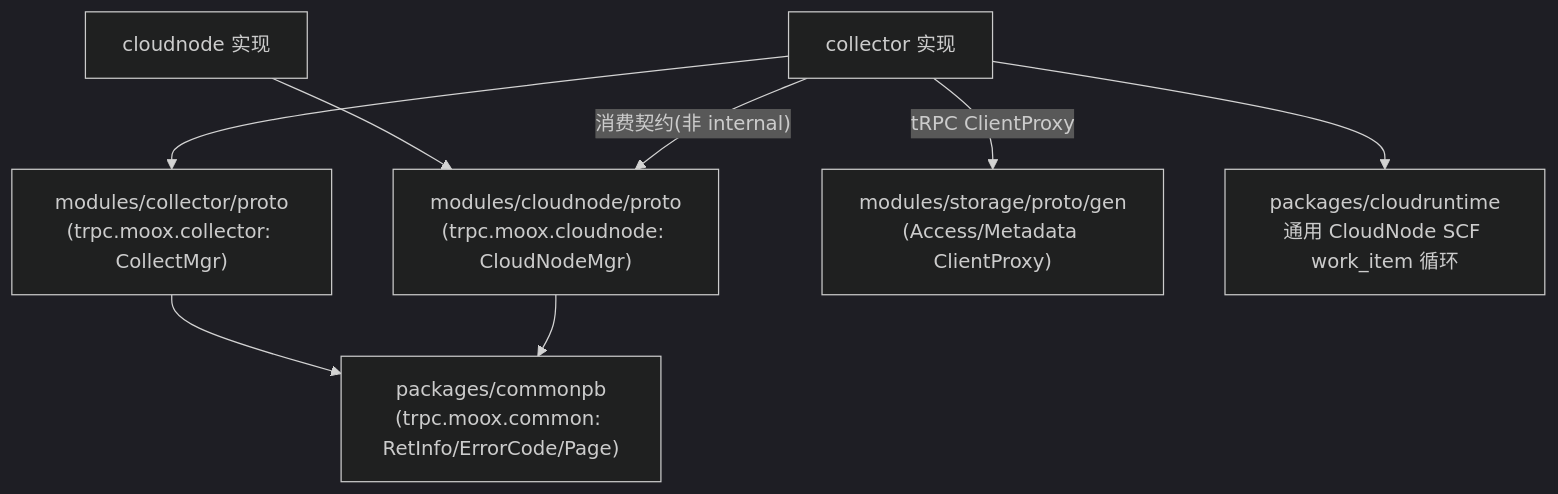
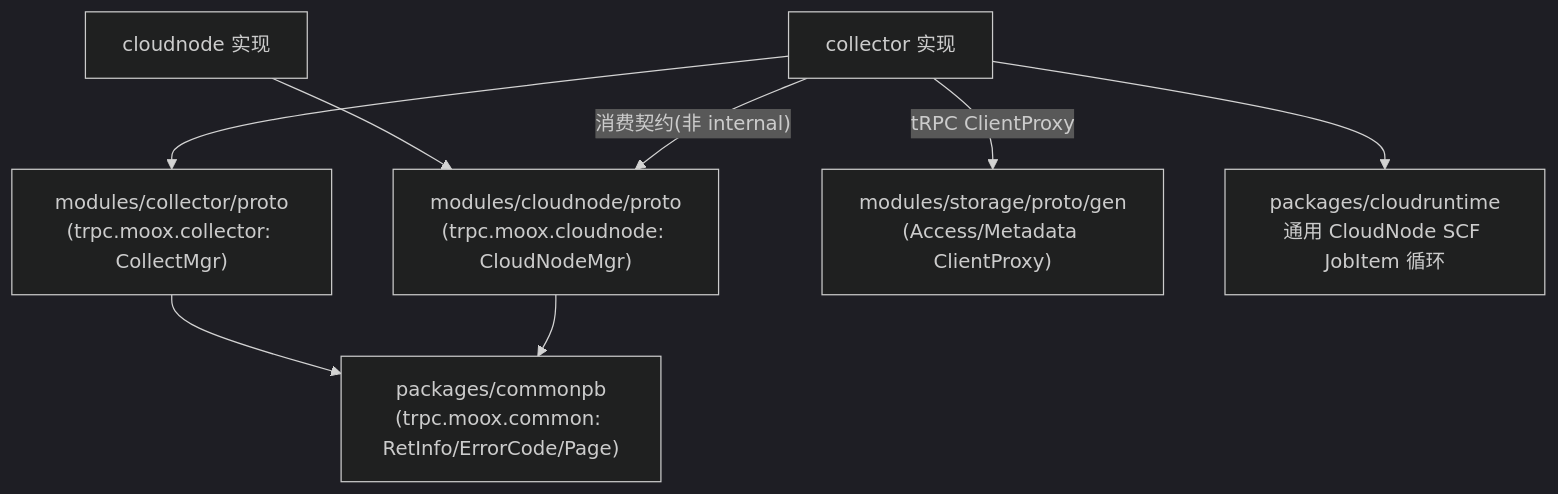
One commit to mooyang-code/moox changed the diagram in docs/superpowers/plans/2026-07-03-collect-collector-cloudnode-resplit.md. Above: the diagram before and after it, drawn with Mermaid (dark theme). The commit also changed other lines of this file and 122 other files, not shown here.

First line of the commit message:
feat(cloudnode): simplify job item runtime

````diff
--- a/docs/superpowers/plans/2026-07-03-collect-collector-cloudnode-resplit.md
+++ b/docs/superpowers/plans/2026-07-03-collect-collector-cloudnode-resplit.md
@@ -18,18 +18,18 @@
 ```mermaid
 flowchart TD
   common["packages/commonpb\n(trpc.moox.common: RetInfo/ErrorCode/Page)"]
   collectorpb["modules/collector/proto\n(trpc.moox.collector: CollectMgr)"]
   cloudnodepb["modules/cloudnode/proto\n(trpc.moox.cloudnode: CloudNodeMgr)"]
   storagepb["modules/storage/proto/gen\n(Access/Metadata ClientProxy)"]
   collector["collector 实现"]
   cloudnode["cloudnode 实现"]
-  cloudrt["packages/cloudruntime\n通用 CloudNode SCF work_item 循环"]
+  cloudrt["packages/cloudruntime\n通用 CloudNode SCF JobItem 循环"]
 
   collectorpb --> common
   cloudnodepb --> common
   collector --> collectorpb
   cloudnode --> cloudnodepb
   collector -->|"消费契约(非 internal)"| cloudnodepb
   collector -->|"tRPC ClientProxy"| storagepb
   collector --> cloudrt
 ```
````
